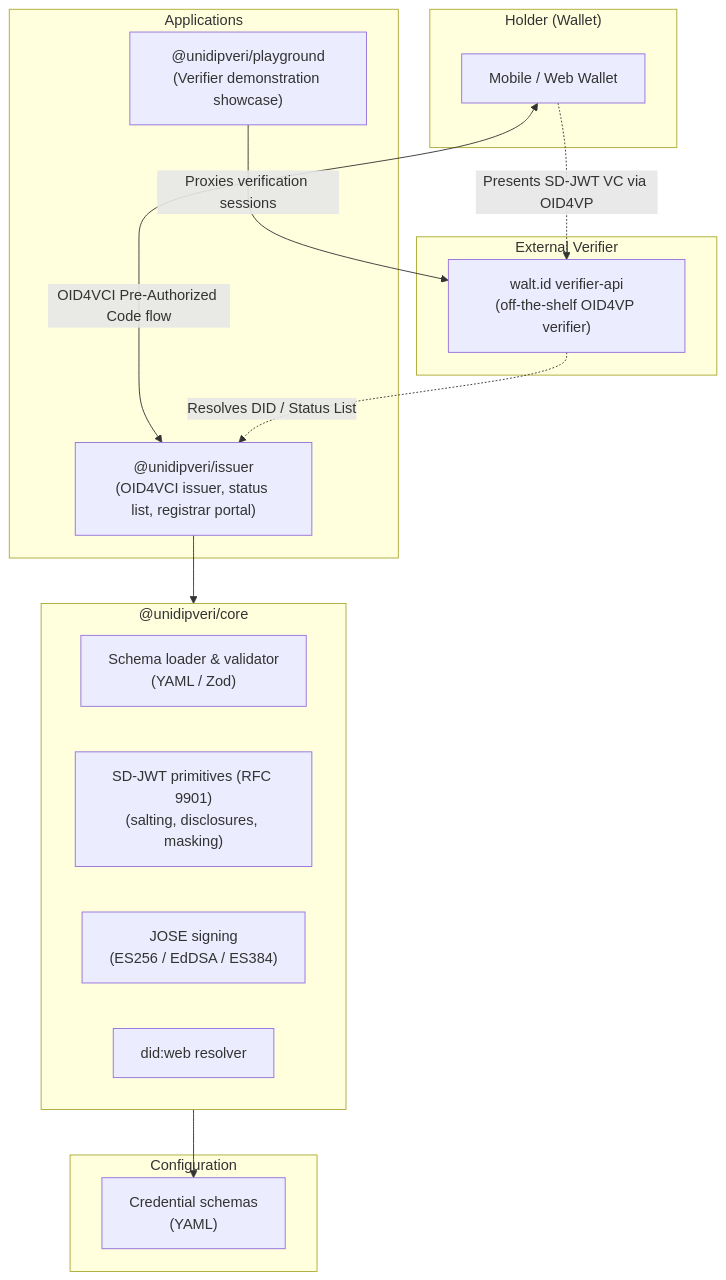
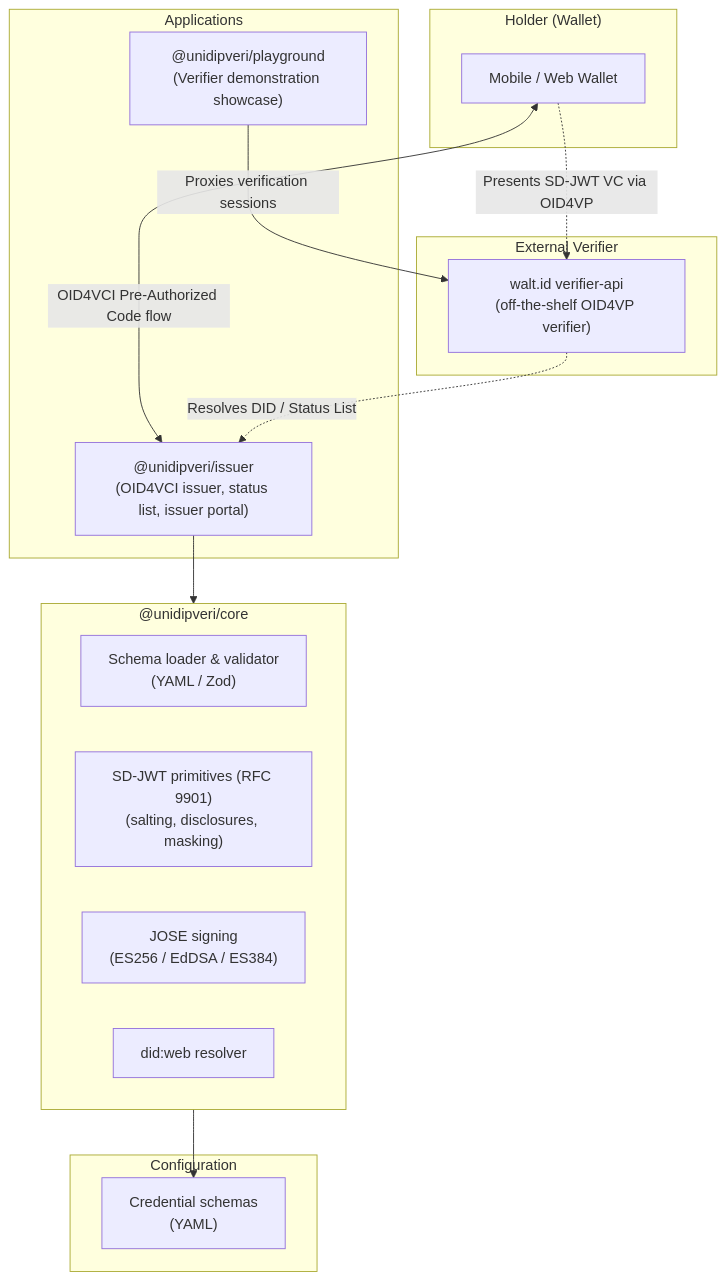
The diagram in README.md (huypengin/UniDipVeri), drawn with Mermaid before and after one commit. The commit also changed other lines of this file and 23 other files, not shown here.

First line of the commit message:
refactor(issuer): standardize terminology from registrar to issuer

````diff
--- a/README.md
+++ b/README.md
@@ -65,33 +65,33 @@
 ```mermaid
 flowchart TD
     subgraph Client ["Holder (Wallet)"]
         W[Mobile / Web Wallet]
     end
 
     subgraph Apps ["Applications"]
-        IssuerApp["@unidipveri/issuer<br/>(OID4VCI issuer, status list, registrar portal)"]
+        IssuerApp["@unidipveri/issuer<br/>(OID4VCI issuer, status list, issuer portal)"]
         PlaygroundApp["@unidipveri/playground<br/>(Verifier demonstration showcase)"]
     end
 
     subgraph External ["External Verifier"]
         WaltID["walt.id verifier-api<br/>(off-the-shelf OID4VP verifier)"]
     end
 
     subgraph CoreEngine ["@unidipveri/core"]
         SchemaMod["Schema loader & validator<br/>(YAML / Zod)"]
         SDMod["SD-JWT primitives (RFC 9901)<br/>(salting, disclosures, masking)"]
         SignMod["JOSE signing<br/>(ES256 / EdDSA / ES384)"]
         DIDMod["did:web resolver"]
     end
 
     subgraph ConfigArtifacts ["Configuration"]
         Schemas["Credential schemas<br/>(YAML)"]
     end
 
     W <-->|OID4VCI Pre-Authorized Code flow| IssuerApp
     IssuerApp --> CoreEngine
     CoreEngine --> Schemas
     W -.->|Presents SD-JWT VC via OID4VP| WaltID
     WaltID -.->|Resolves DID / Status List| IssuerApp
     PlaygroundApp -->|Proxies verification sessions| WaltID
 ```
````
